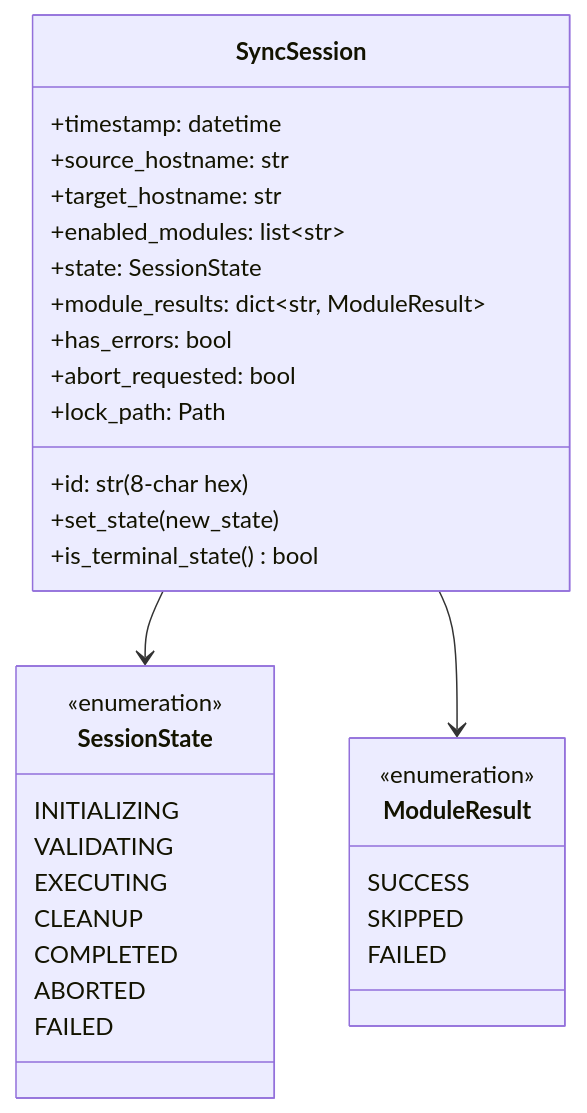
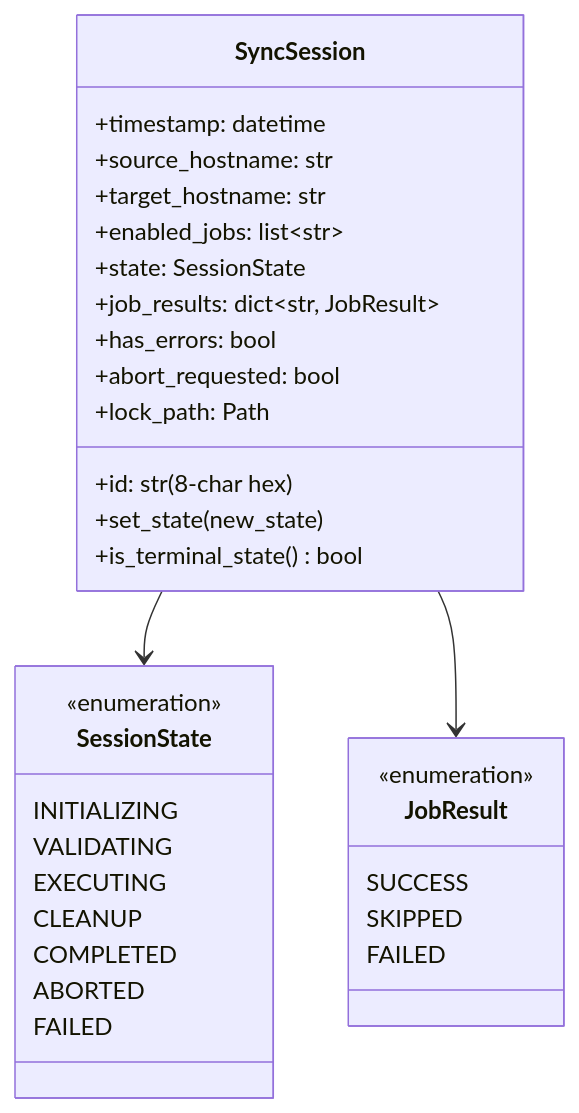
The eighth of 13 diagrams in ARCHITECTURE.md (flaksit/pc-switcher), drawn with Mermaid before and after one commit. The commit also changed other lines of this file and 39 other files, not shown here.

Commit message:
rename Module to Job

````diff
--- a/ARCHITECTURE.md
+++ b/ARCHITECTURE.md
@@ -244,38 +244,38 @@
 ```mermaid
 classDiagram
     class SyncSession {
         +id: str (8-char hex)
         +timestamp: datetime
         +source_hostname: str
         +target_hostname: str
-        +enabled_modules: list~str~
+        +enabled_jobs: list~str~
         +state: SessionState
-        +module_results: dict~str, ModuleResult~
+        +job_results: dict~str, JobResult~
         +has_errors: bool
         +abort_requested: bool
         +lock_path: Path
         +set_state(new_state)
         +is_terminal_state() bool
     }
 
     class SessionState {
         <<enumeration>>
         INITIALIZING
         VALIDATING
         EXECUTING
         CLEANUP
         COMPLETED
         ABORTED
         FAILED
     }
 
-    class ModuleResult {
+    class JobResult {
         <<enumeration>>
         SUCCESS
         SKIPPED
         FAILED
     }
 
     SyncSession --> SessionState
-    SyncSession --> ModuleResult
+    SyncSession --> JobResult
 ```
````
